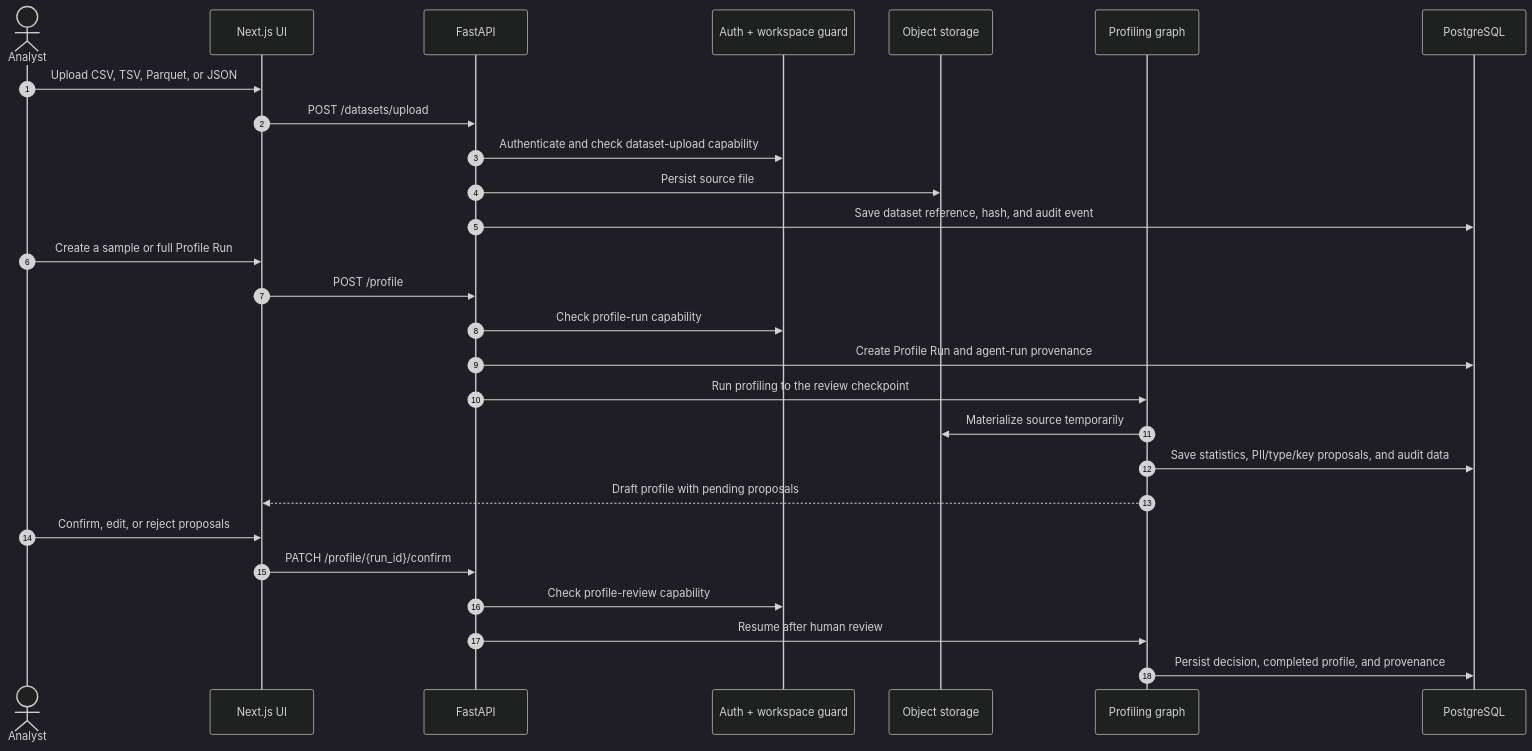
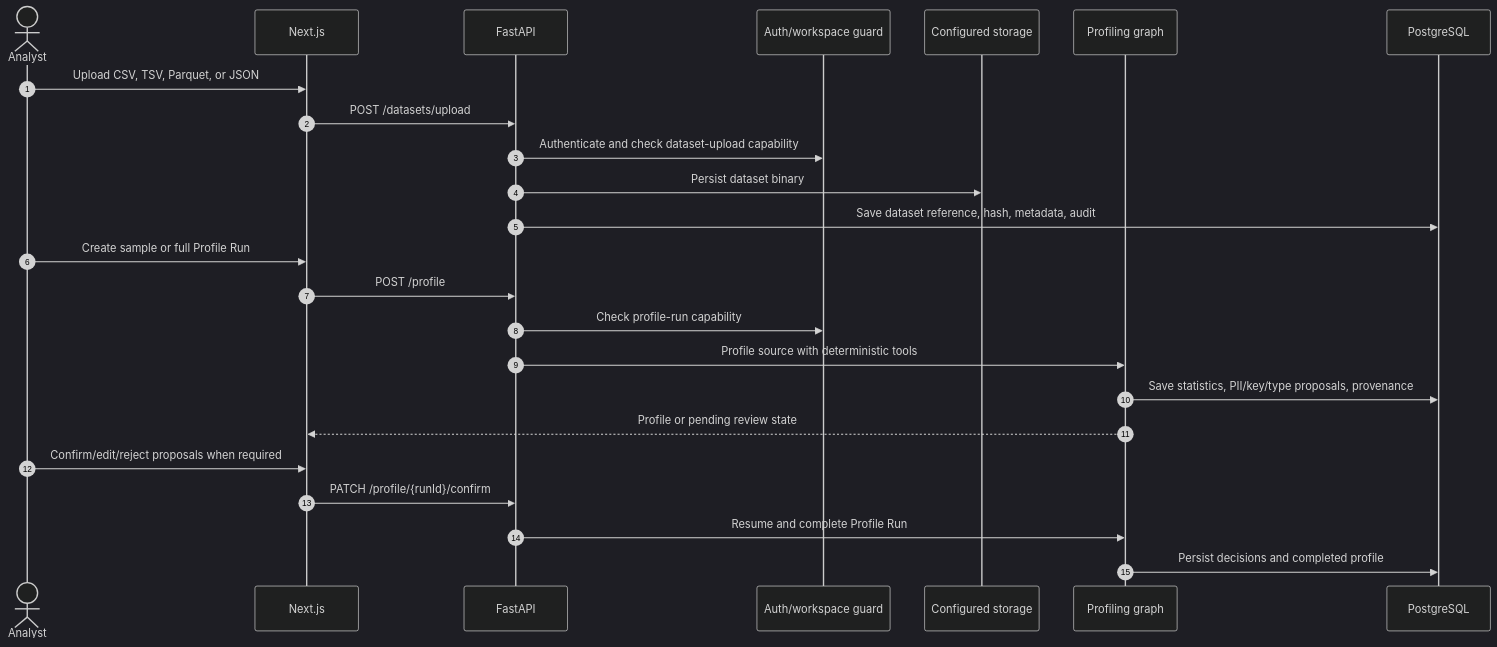
One commit to mhiu05/VDaAgent changed the second of 4 diagrams in ARCHITECTURE.md. Above: the diagram before and after it, drawn with Mermaid (dark theme). The commit also changed other lines of this file and 3 other files, not shown here.

````diff
--- a/ARCHITECTURE.md
+++ b/ARCHITECTURE.md
@@ -166,32 +150,27 @@
 ```mermaid
 sequenceDiagram
     autonumber
     actor A as Analyst
-    participant UI as Next.js UI
+    participant UI as Next.js
     participant API as FastAPI
-    participant Auth as Auth + workspace guard
-    participant Store as Object storage
+    participant Guard as Auth/workspace guard
+    participant Store as Configured storage
     participant Graph as Profiling graph
     participant DB as PostgreSQL
 
     A->>UI: Upload CSV, TSV, Parquet, or JSON
     UI->>API: POST /datasets/upload
-    API->>Auth: Authenticate and check dataset-upload capability
-    API->>Store: Persist source file
-    API->>DB: Save dataset reference, hash, and audit event
-
-    A->>UI: Create a sample or full Profile Run
+    API->>Guard: Authenticate and check dataset-upload capability
+    API->>Store: Persist dataset binary
+    API->>DB: Save dataset reference, hash, metadata, audit
+    A->>UI: Create sample or full Profile Run
     UI->>API: POST /profile
-    API->>Auth: Check profile-run capability
-    API->>DB: Create Profile Run and agent-run provenance
-    API->>Graph: Run profiling to the review checkpoint
-    Graph->>Store: Materialize source temporarily
-    Graph->>DB: Save statistics, PII/type/key proposals, and audit data
-    Graph-->>UI: Draft profile with pending proposals
-
-    A->>UI: Confirm, edit, or reject proposals
-    UI->>API: PATCH /profile/{run_id}/confirm
-    API->>Auth: Check profile-review capability
-    API->>Graph: Resume after human review
-    Graph->>DB: Persist decision, completed profile, and provenance
+    API->>Guard: Check profile-run capability
+    API->>Graph: Profile source with deterministic tools
+    Graph->>DB: Save statistics, PII/key/type proposals, provenance
+    Graph-->>UI: Profile or pending review state
+    A->>UI: Confirm/edit/reject proposals when required
+    UI->>API: PATCH /profile/{runId}/confirm
+    API->>Graph: Resume and complete Profile Run
+    Graph->>DB: Persist decisions and completed profile
 ```
````
